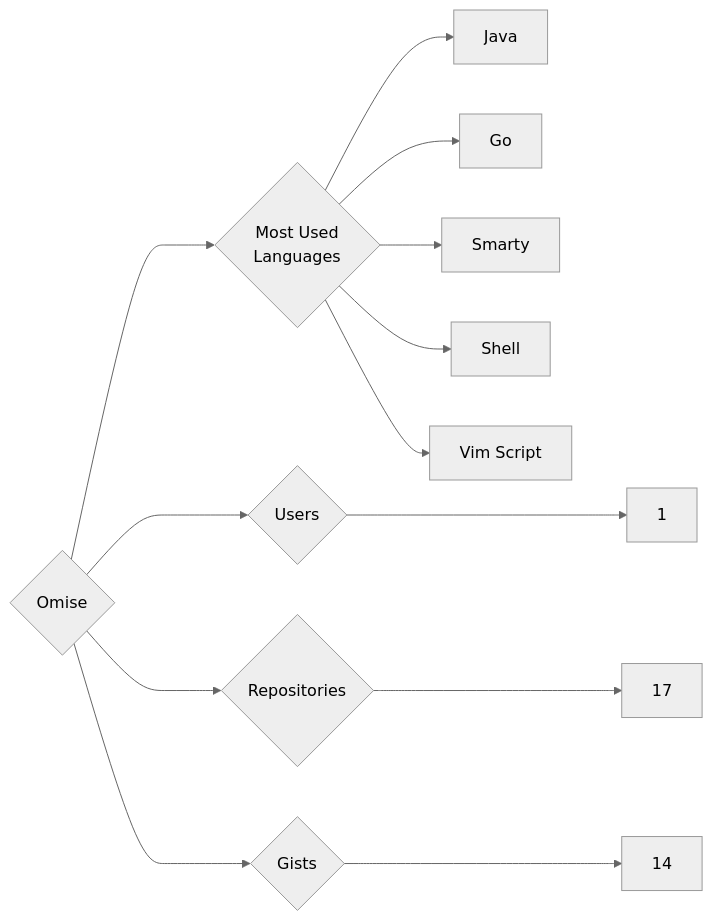
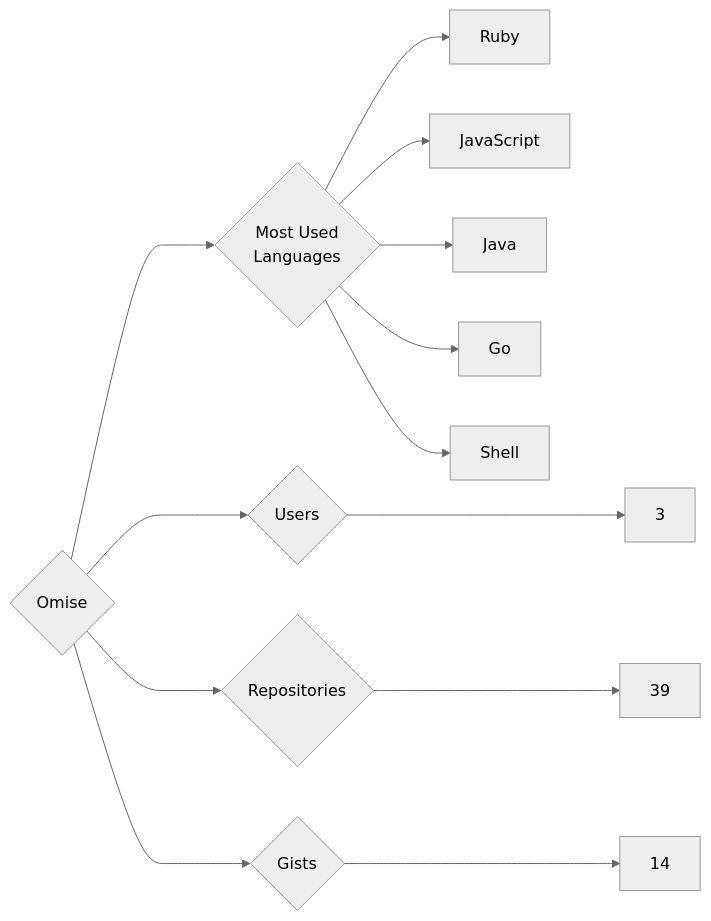
Before and after one commit to trickest/insiders: the diagram in targets/Omise/README.md, drawn with Mermaid (neutral theme). The commit also changed 797 other files, not shown here.

````diff
--- a/targets/Omise/README.md
+++ b/targets/Omise/README.md
@@ -3,13 +3,13 @@
 ```mermaid
 graph LR
 COMPANY_NAME{Omise}
-COMPANY_NAME ---> U{Users} ---> UN[1]
-COMPANY_NAME ---> R{Repositories} ---> RN[17]
+COMPANY_NAME ---> U{Users} ---> UN[3]
+COMPANY_NAME ---> R{Repositories} ---> RN[39]
 COMPANY_NAME ---> G{Gists} ---> GN[14]
 COMPANY_NAME ---> ML{Most Used<br>Languages}
+ML --> Ruby[Ruby]
+ML --> JavaScript[JavaScript]
 ML --> Java[Java]
 ML --> Go[Go]
-ML --> Smarty[Smarty]
 ML --> Shell[Shell]
-ML --> Vim_Script[Vim Script]
 ```
````
